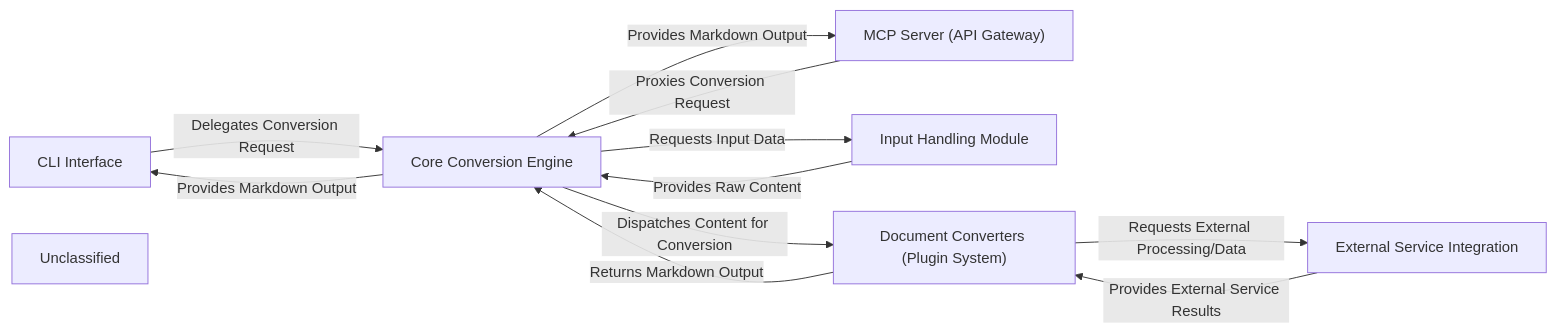
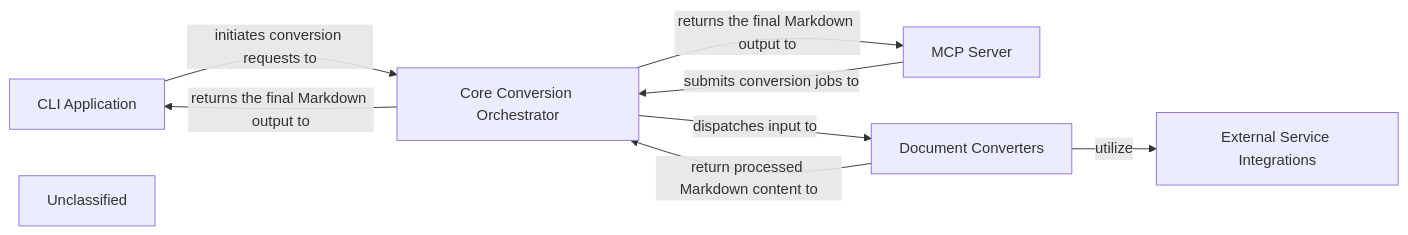
The diagram in markitdown/on_boarding.md (CodeBoarding/GeneratedOnBoardings), drawn with Mermaid before and after one commit. The commit also changed other lines of this file, not shown here.

````diff
--- a/markitdown/on_boarding.md
+++ b/markitdown/on_boarding.md
@@ -1,20 +1,16 @@
 ```mermaid
 graph LR
-    CLI_Interface["CLI Interface"]
-    MCP_Server_API_Gateway_["MCP Server (API Gateway)"]
-    Core_Conversion_Engine["Core Conversion Engine"]
-    Input_Handling_Module["Input Handling Module"]
-    Document_Converters_Plugin_System_["Document Converters (Plugin System)"]
-    External_Service_Integration["External Service Integration"]
+    CLI_Application["CLI Application"]
+    MCP_Server["MCP Server"]
+    Core_Conversion_Orchestrator["Core Conversion Orchestrator"]
+    Document_Converters["Document Converters"]
+    External_Service_Integrations["External Service Integrations"]
     Unclassified["Unclassified"]
-    CLI_Interface -- "Delegates Conversion Request" --> Core_Conversion_Engine
-    MCP_Server_API_Gateway_ -- "Proxies Conversion Request" --> Core_Conversion_Engine
-    Core_Conversion_Engine -- "Requests Input Data" --> Input_Handling_Module
-    Input_Handling_Module -- "Provides Raw Content" --> Core_Conversion_Engine
-    Core_Conversion_Engine -- "Dispatches Content for Conversion" --> Document_Converters_Plugin_System_
-    Document_Converters_Plugin_System_ -- "Returns Markdown Output" --> Core_Conversion_Engine
-    Document_Converters_Plugin_System_ -- "Requests External Processing/Data" --> External_Service_Integration
-    External_Service_Integration -- "Provides External Service Results" --> Document_Converters_Plugin_System_
-    Core_Conversion_Engine -- "Provides Markdown Output" --> CLI_Interface
-    Core_Conversion_Engine -- "Provides Markdown Output" --> MCP_Server_API_Gateway_
+    CLI_Application -- "initiates conversion requests to" --> Core_Conversion_Orchestrator
+    MCP_Server -- "submits conversion jobs to" --> Core_Conversion_Orchestrator
+    Core_Conversion_Orchestrator -- "dispatches input to" --> Document_Converters
+    Document_Converters -- "utilize" --> External_Service_Integrations
+    Document_Converters -- "return processed Markdown content to" --> Core_Conversion_Orchestrator
+    Core_Conversion_Orchestrator -- "returns the final Markdown output to" --> CLI_Application
+    Core_Conversion_Orchestrator -- "returns the final Markdown output to" --> MCP_Server
 ```
````
